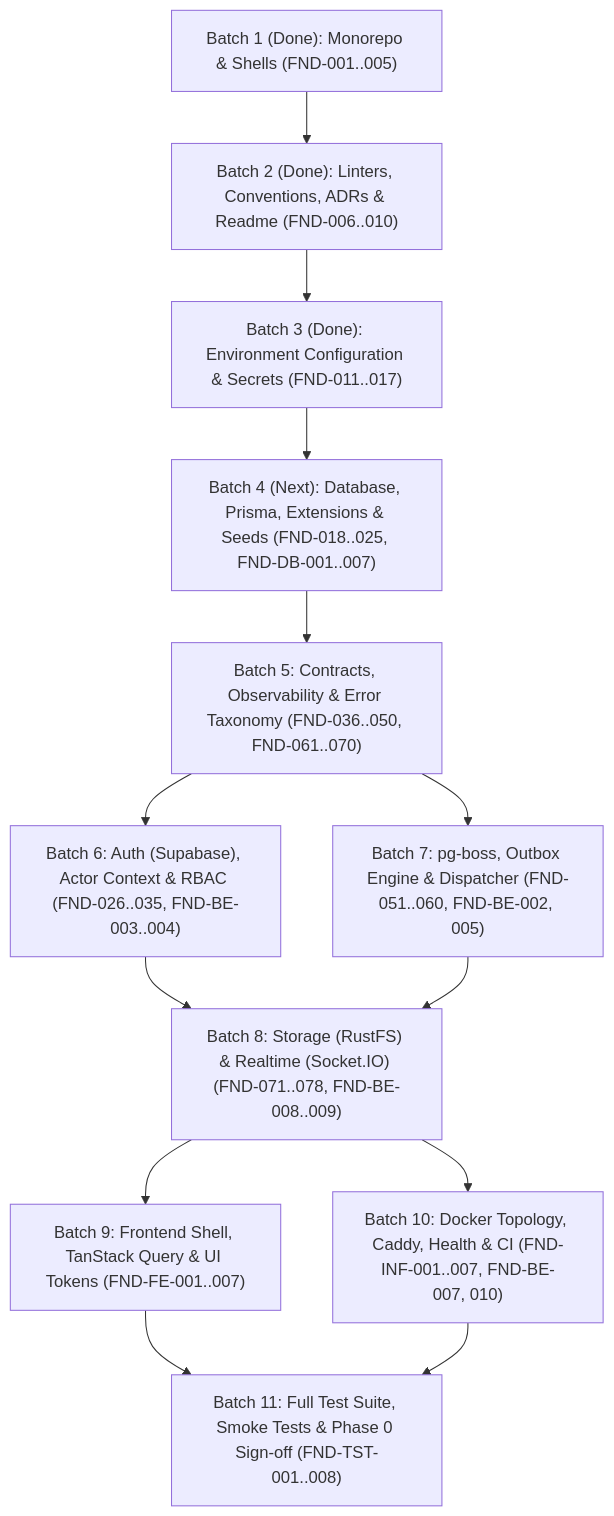
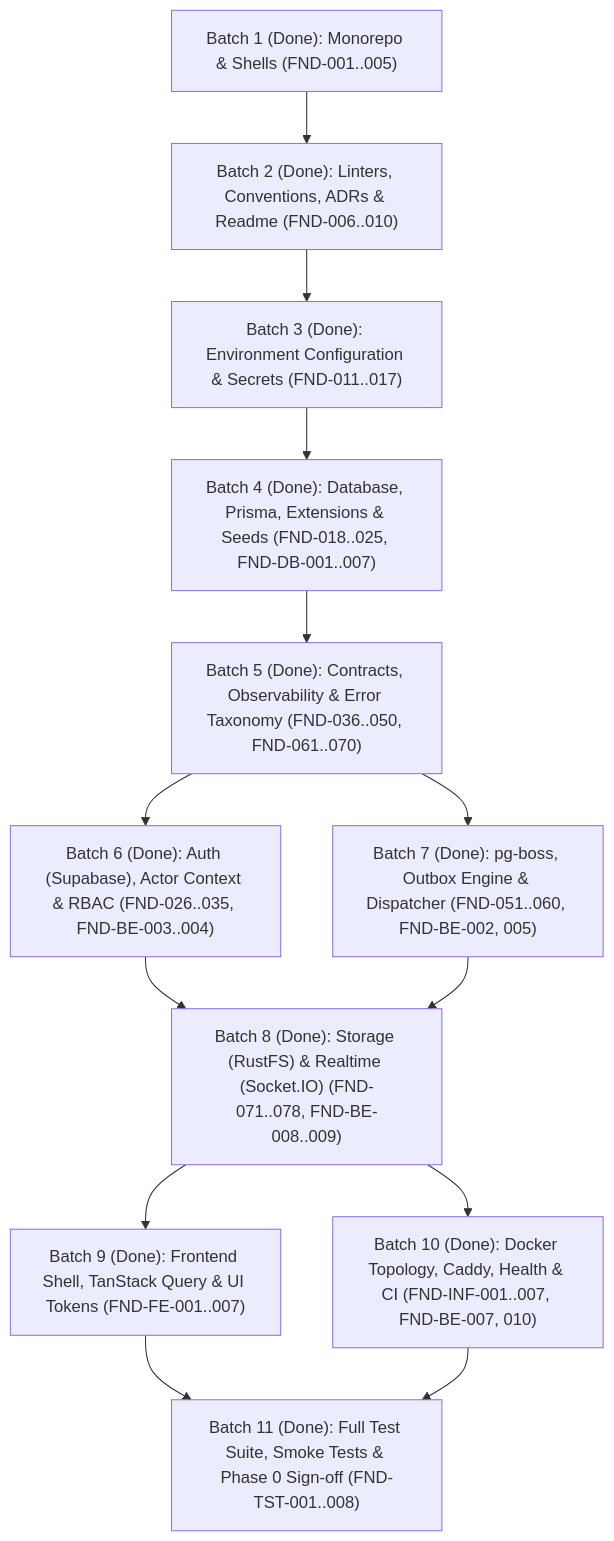
One commit to Alkanni/vynor-crm-system changed the diagram in issue.md. Above: the diagram before and after it, drawn with Mermaid. The commit also changed other lines of this file and 2 other files, not shown here.

Commit message:
docs(roadmap): finalize Phase 0 workstream batches (Section 7) (#19)

````diff
--- a/issue.md
+++ b/issue.md
@@ -400,15 +400,15 @@
 ```mermaid
 flowchart TD
     B1["Batch 1 (Done): Monorepo & Shells (FND-001..005)"] --> B2["Batch 2 (Done): Linters, Conventions, ADRs & Readme (FND-006..010)"]
     B2 --> B3["Batch 3 (Done): Environment Configuration & Secrets (FND-011..017)"]
-    B3 --> B4["Batch 4 (Next): Database, Prisma, Extensions & Seeds (FND-018..025, FND-DB-001..007)"]
-    B4 --> B5["Batch 5: Contracts, Observability & Error Taxonomy (FND-036..050, FND-061..070)"]
-    B5 --> B6["Batch 6: Auth (Supabase), Actor Context & RBAC (FND-026..035, FND-BE-003..004)"]
-    B5 --> B7["Batch 7: pg-boss, Outbox Engine & Dispatcher (FND-051..060, FND-BE-002, 005)"]
-    B6 --> B8["Batch 8: Storage (RustFS) & Realtime (Socket.IO) (FND-071..078, FND-BE-008..009)"]
+    B3 --> B4["Batch 4 (Done): Database, Prisma, Extensions & Seeds (FND-018..025, FND-DB-001..007)"]
+    B4 --> B5["Batch 5 (Done): Contracts, Observability & Error Taxonomy (FND-036..050, FND-061..070)"]
+    B5 --> B6["Batch 6 (Done): Auth (Supabase), Actor Context & RBAC (FND-026..035, FND-BE-003..004)"]
+    B5 --> B7["Batch 7 (Done): pg-boss, Outbox Engine & Dispatcher (FND-051..060, FND-BE-002, 005)"]
+    B6 --> B8["Batch 8 (Done): Storage (RustFS) & Realtime (Socket.IO) (FND-071..078, FND-BE-008..009)"]
     B7 --> B8
-    B8 --> B9["Batch 9: Frontend Shell, TanStack Query & UI Tokens (FND-FE-001..007)"]
-    B8 --> B10["Batch 10: Docker Topology, Caddy, Health & CI (FND-INF-001..007, FND-BE-007, 010)"]
-    B9 --> B11["Batch 11: Full Test Suite, Smoke Tests & Phase 0 Sign-off (FND-TST-001..008)"]
+    B8 --> B9["Batch 9 (Done): Frontend Shell, TanStack Query & UI Tokens (FND-FE-001..007)"]
+    B8 --> B10["Batch 10 (Done): Docker Topology, Caddy, Health & CI (FND-INF-001..007, FND-BE-007, 010)"]
+    B9 --> B11["Batch 11 (Done): Full Test Suite, Smoke Tests & Phase 0 Sign-off (FND-TST-001..008)"]
     B10 --> B11
 ```
````
